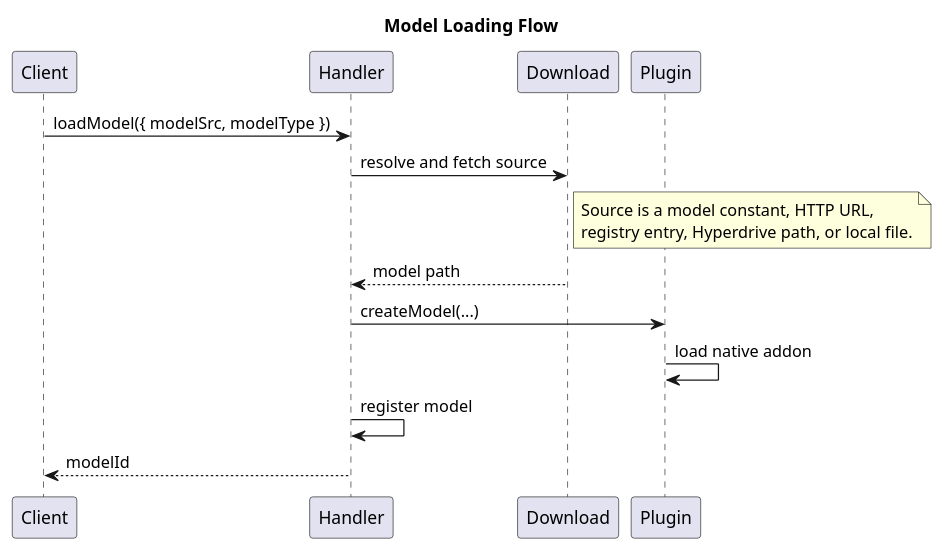
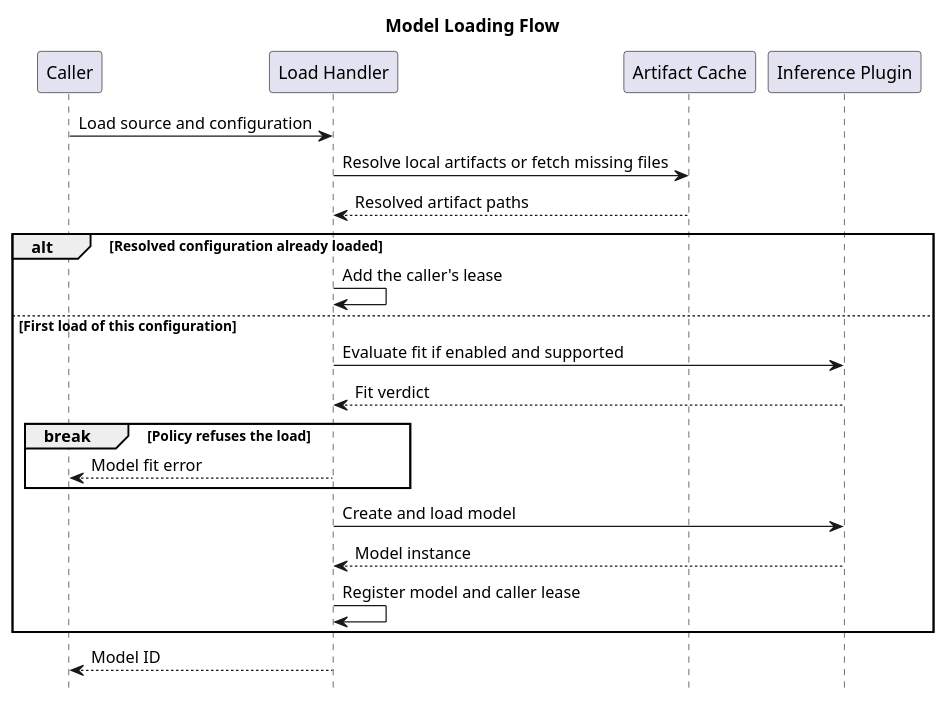
Before and after one commit to tetherto/qvac: the diagram in docs/architecture/puml/08-model-loading-flow.puml, drawn with PlantUML. The commit also changed 18 other files, not shown here.

Commit message:
doc[notask]: refresh SDK architecture for bare-stow

```diff
--- a/docs/architecture/puml/08-model-loading-flow.puml
+++ b/docs/architecture/puml/08-model-loading-flow.puml
@@ -1,23 +1,28 @@
 @startuml
 title Model Loading Flow
+hide footbox
 
-participant "Client" as Client
-participant "Handler" as Handler
-participant "Download" as Download
-participant "Plugin" as Plugin
+participant "Caller" as Caller
+participant "Load Handler" as Load
+participant "Artifact Cache" as Cache
+participant "Inference Plugin" as Plugin
 
-Client -> Handler : loadModel({ modelSrc, modelType })
-Handler -> Download : resolve and fetch source
+Caller -> Load : Load source and configuration
+Load -> Cache : Resolve local artifacts or fetch missing files
+Cache --> Load : Resolved artifact paths
 
-note right of Download
-  Source is a model constant, HTTP URL,
-  registry entry, Hyperdrive path, or local file.
-end note
+alt Resolved configuration already loaded
+    Load -> Load : Add the caller's lease
+else First load of this configuration
+    Load -> Plugin : Evaluate fit if enabled and supported
+    Plugin --> Load : Fit verdict
+    break Policy refuses the load
+        Load --> Caller : Model fit error
+    end
+    Load -> Plugin : Create and load model
+    Plugin --> Load : Model instance
+    Load -> Load : Register model and caller lease
+end
 
-Download --> Handler : model path
-Handler -> Plugin : createModel(...)
-Plugin -> Plugin : load native addon
-Handler -> Handler : register model
-Handler --> Client : modelId
-
+Load --> Caller : Model ID
 @enduml
```
